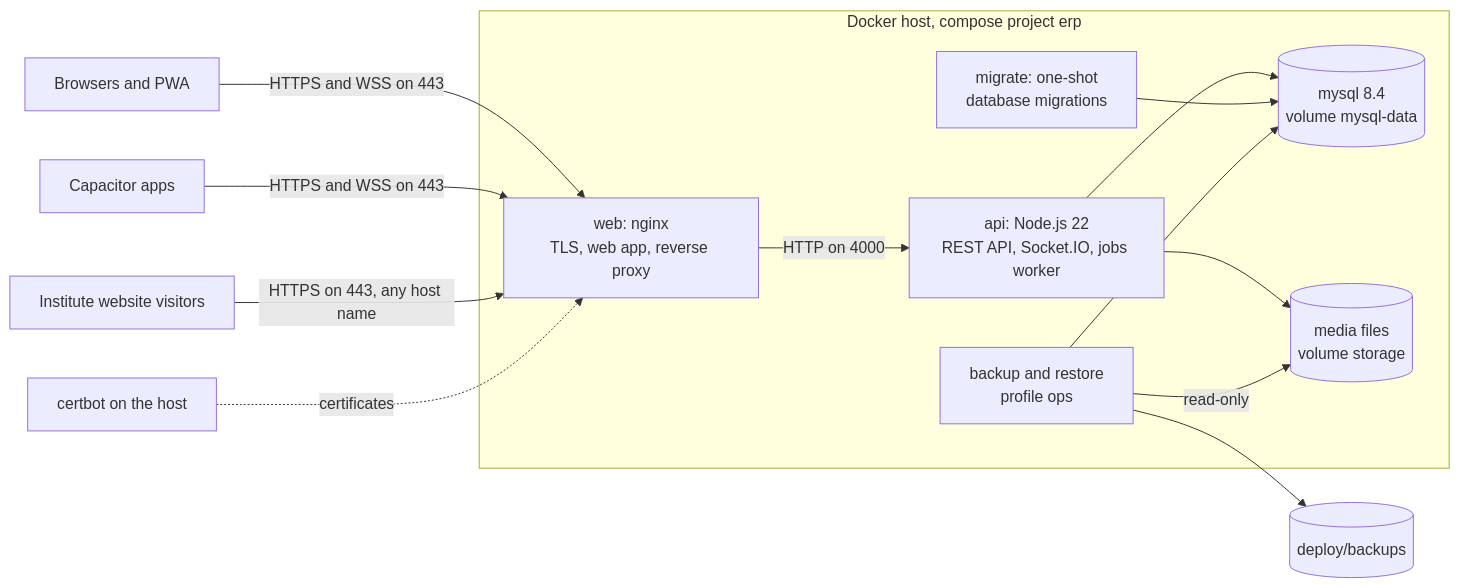
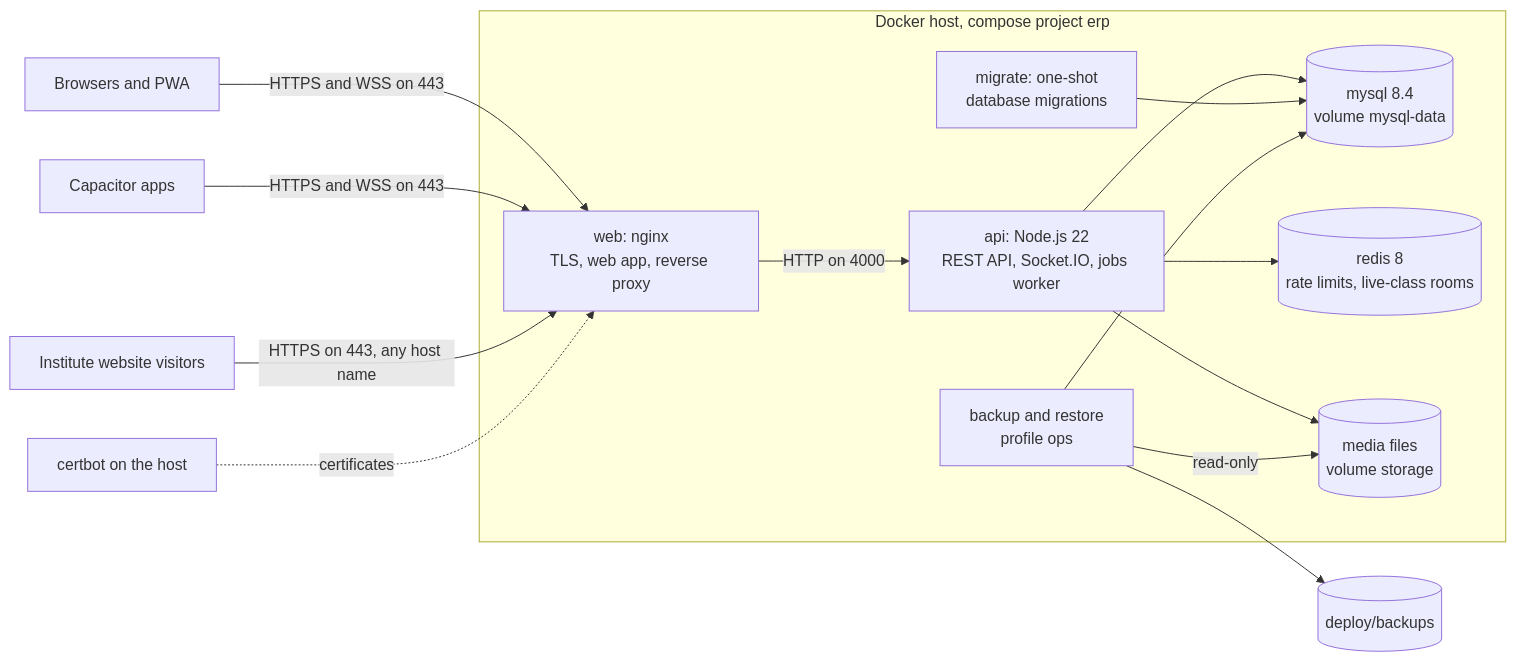
The diagram in docs/deployment.md (LM-Nishant/erp-coaching), drawn with Mermaid before and after one commit. The commit also changed other lines of this file and 33 other files, not shown here.

First line of the commit message:
Share rate limits and live-class rooms through Redis; re-check live sockets

````diff
--- a/docs/deployment.md
+++ b/docs/deployment.md
@@ -45,27 +45,29 @@
 ```mermaid
 flowchart LR
     users["Browsers and PWA"]
     apps["Capacitor apps"]
     visitors["Institute website visitors"]
     certbot["certbot on the host"]
     subgraph host["Docker host, compose project erp"]
         web["web: nginx<br/>TLS, web app, reverse proxy"]
         api["api: Node.js 22<br/>REST API, Socket.IO, jobs worker"]
         migrate["migrate: one-shot<br/>database migrations"]
         mysql[("mysql 8.4<br/>volume mysql-data")]
+        redis[("redis 8<br/>rate limits, live-class rooms")]
         storage[("media files<br/>volume storage")]
         backup["backup and restore<br/>profile ops"]
     end
     archives[("deploy/backups")]
     users -->|HTTPS and WSS on 443| web
     apps -->|HTTPS and WSS on 443| web
     visitors -->|HTTPS on 443, any host name| web
     certbot -.->|certificates| web
     web -->|HTTP on 4000| api
     api --> mysql
+    api --> redis
     api --> storage
     migrate --> mysql
     backup --> mysql
     backup -->|read-only| storage
     backup --> archives
 ```
````
